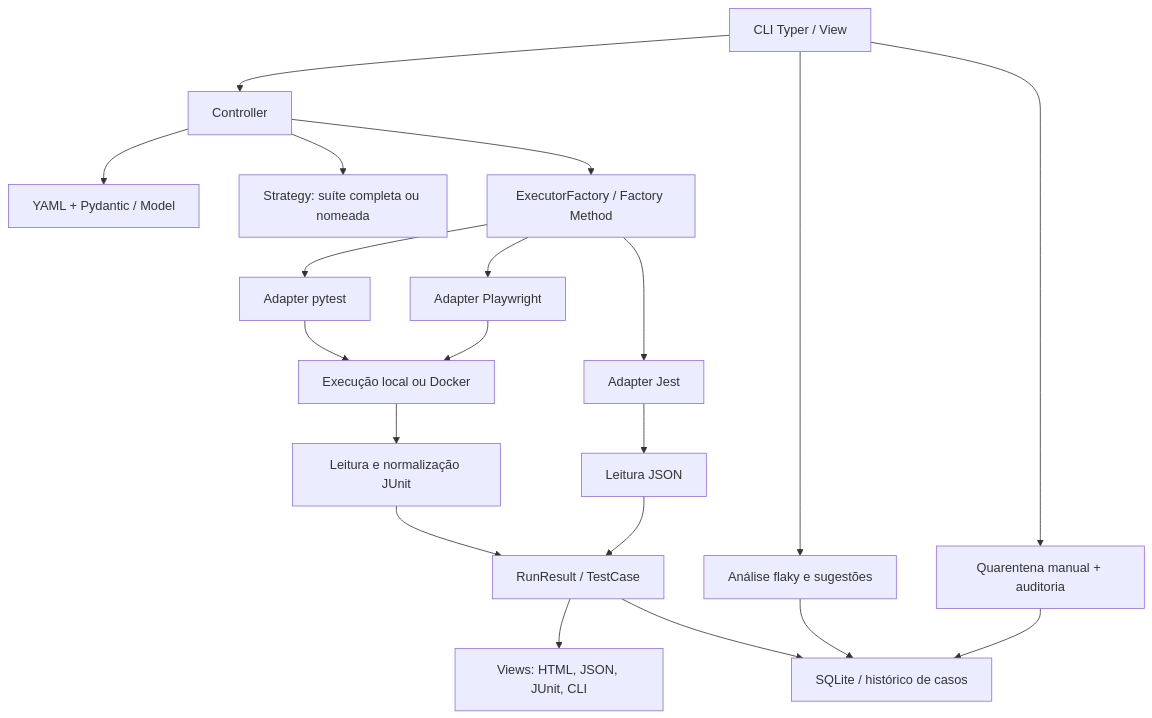
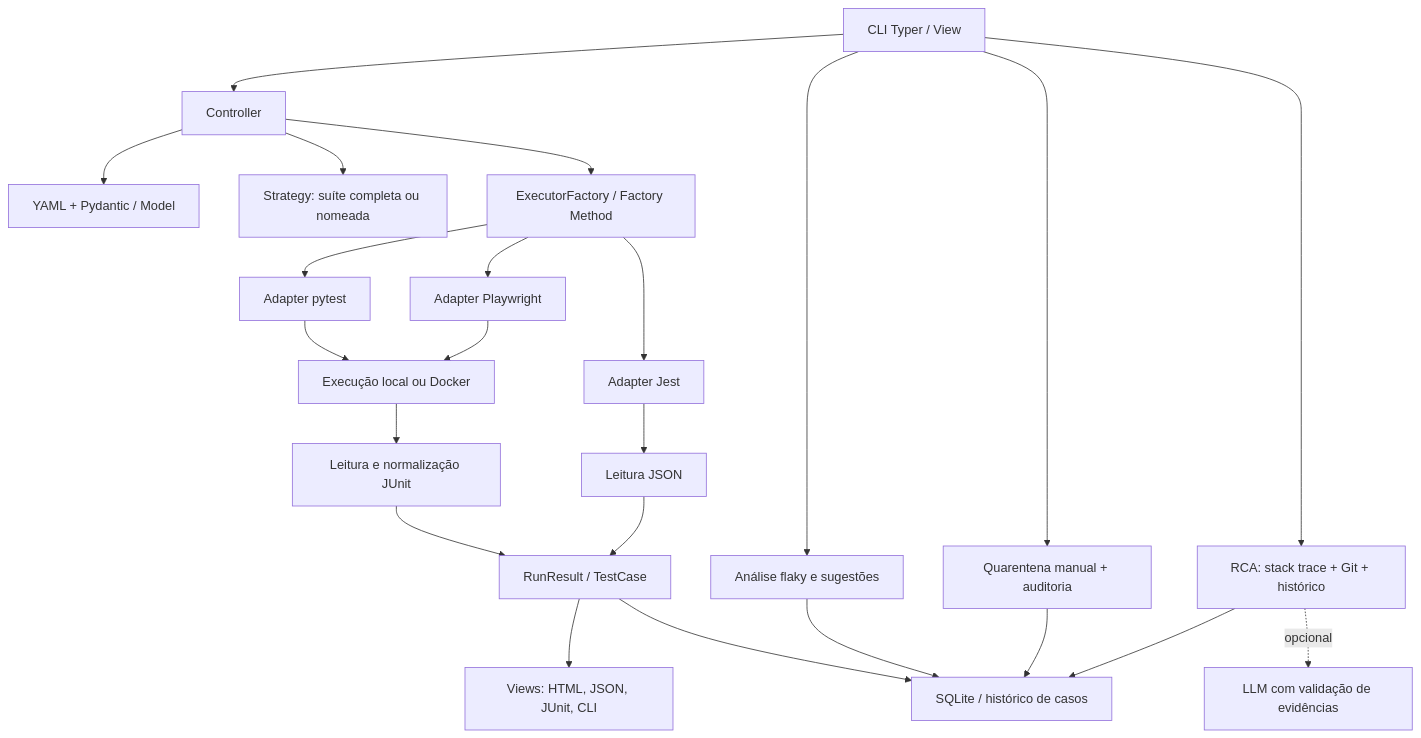
The diagram in docs/architecture.md (giovanne7/QualityBridge), drawn with Mermaid before and after one commit. The commit also changed other lines of this file and 2 other files, not shown here.

Commit message:
docs: documenta módulo RCA e uso opcional de LLM

````diff
--- a/docs/architecture.md
+++ b/docs/architecture.md
@@ -5,22 +5,25 @@
 ```mermaid
 flowchart TD
     CLI[CLI Typer / View] --> Controller[Controller]
     Controller --> Config[YAML + Pydantic / Model]
     Controller --> Strategy[Strategy: suíte completa ou nomeada]
     Controller --> Factory[ExecutorFactory / Factory Method]
     Factory --> Pytest[Adapter pytest]
     Factory --> Playwright[Adapter Playwright]
     Factory --> Jest[Adapter Jest]
     Pytest --> Process[Execução local ou Docker]
     Playwright --> Process
     Process --> JUnit[Leitura e normalização JUnit]
     JUnit --> Model[RunResult / TestCase]
     Jest --> JestJSON[Leitura JSON]
     JestJSON --> Model
     Model --> Views[Views: HTML, JSON, JUnit, CLI]
     Model --> History[SQLite / histórico de casos]
     CLI --> Flaky[Análise flaky e sugestões]
     Flaky --> History
     CLI --> Quarantine[Quarentena manual + auditoria]
+    CLI --> RCA[RCA: stack trace + Git + histórico]
+    RCA --> History
+    RCA -.opcional.-> LLM[LLM com validação de evidências]
     Quarantine --> History
 ```
````
